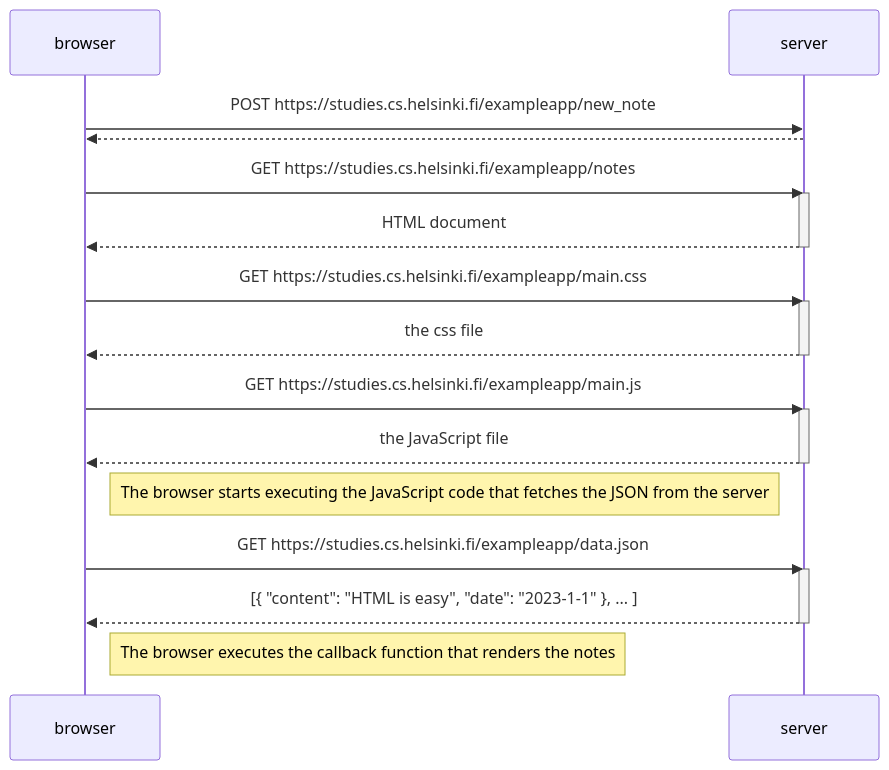
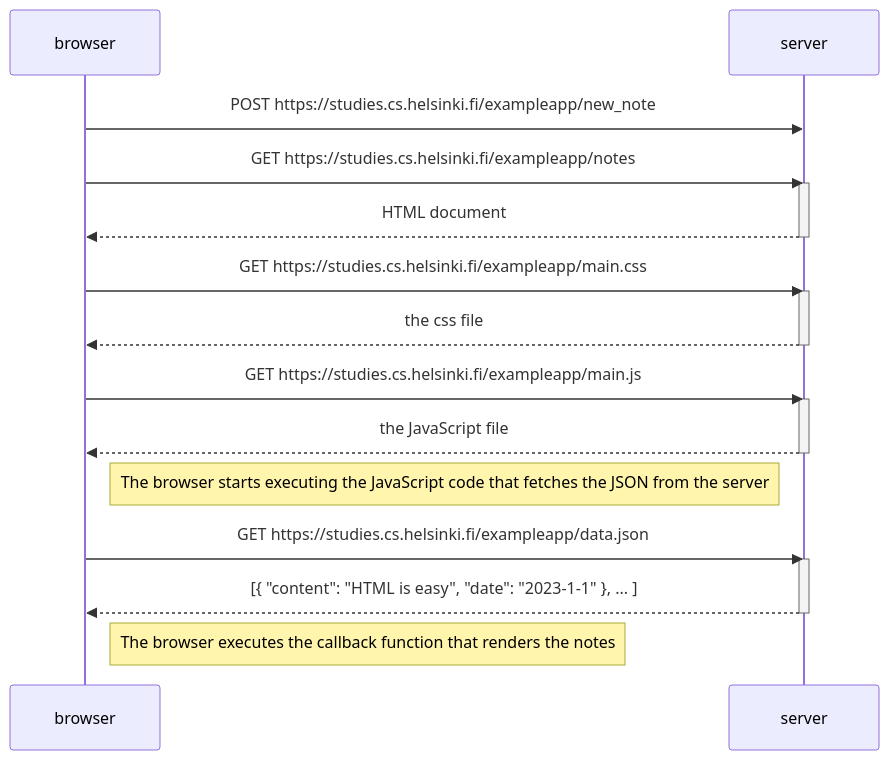
Before and after one commit to Waltter2211/Full-stack-palautus: the diagram in Tehtävä 0.4.md, drawn with Mermaid.

Commit message:
Update Tehtävä 0.4.md

````diff
--- a/Tehtävä 0.4.md
+++ b/Tehtävä 0.4.md
@@ -1,31 +1,30 @@
 ```mermaid
 sequenceDiagram
     participant browser
     participant server
     
     browser->>server: POST https://studies.cs.helsinki.fi/exampleapp/new_note
-    server-->>browser: 
     browser->>server: GET https://studies.cs.helsinki.fi/exampleapp/notes
     activate server
     server-->>browser: HTML document
     deactivate server
     
     browser->>server: GET https://studies.cs.helsinki.fi/exampleapp/main.css
     activate server
     server-->>browser: the css file
     deactivate server
     
     browser->>server: GET https://studies.cs.helsinki.fi/exampleapp/main.js
     activate server
     server-->>browser: the JavaScript file
     deactivate server
     
     Note right of browser: The browser starts executing the JavaScript code that fetches the JSON from the server
     
     browser->>server: GET https://studies.cs.helsinki.fi/exampleapp/data.json
     activate server
     server-->>browser: [{ "content": "HTML is easy", "date": "2023-1-1" }, ... ]
     deactivate server    
 
     Note right of browser: The browser executes the callback function that renders the notes 
 ```
````
